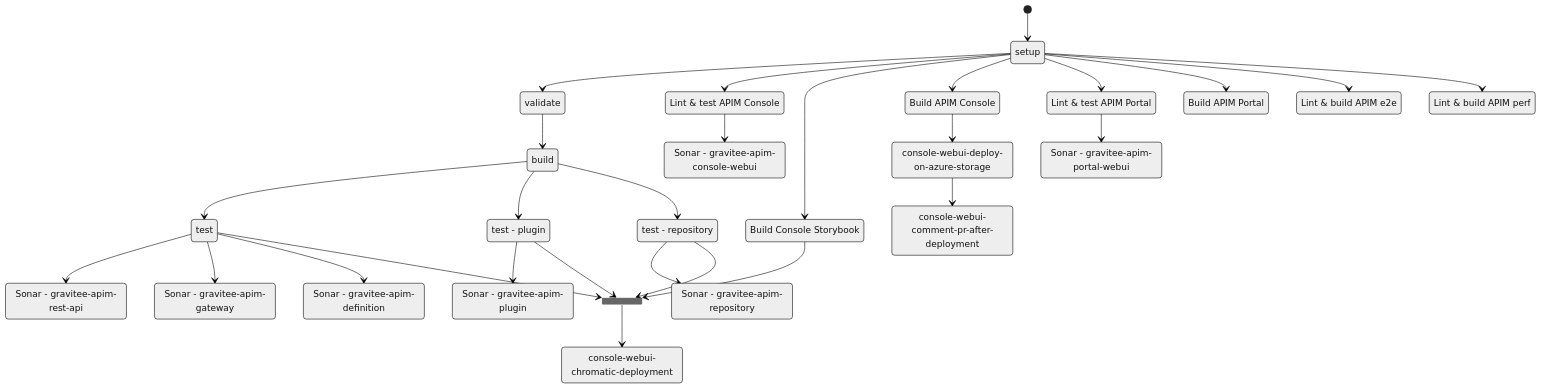
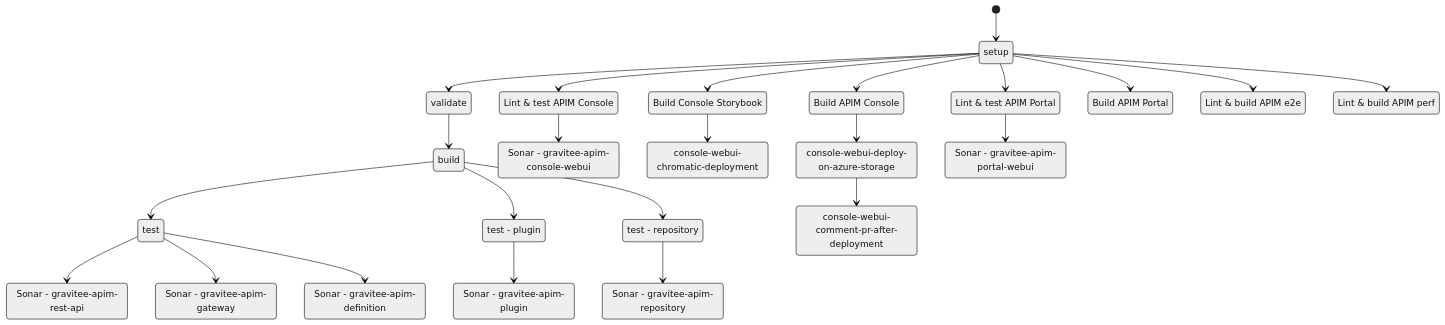
The first of 3 diagrams in .circleci/Workflows.md (gravitee-io/gravitee-api-management), drawn with Mermaid (neutral theme) before and after one commit. The commit also changed other lines of this file and 1 other file, not shown here.

Commit message:
ci: remove unnecessary requirement for chromatic

````diff
--- a/.circleci/Workflows.md
+++ b/.circleci/Workflows.md
@@ -5,64 +5,57 @@
 ```mermaid
 stateDiagram-v2
     [*] --> setup
 
     %% Backends
     setup --> validate
     validate --> build
     build --> test
     testPlugin: test - plugin
     testRepository: test - repository
     build --> testPlugin
     build --> testRepository
 
     sonarRestApi: Sonar - gravitee-apim-rest-api
     sonarGateway: Sonar - gravitee-apim-gateway
     sonarDefinition: Sonar - gravitee-apim-definition
     sonarPlugin: Sonar - gravitee-apim-plugin
     sonarRepository: Sonar - gravitee-apim-repository
     test --> sonarRestApi
     test --> sonarGateway
     test --> sonarDefinition
     testPlugin --> sonarPlugin
     testRepository --> sonarRepository
 
     %% Console
     webUILintConsole: Lint & test APIM Console
     setup --> webUILintConsole
     sonarConsole: Sonar - gravitee-apim-console-webui
     webUILintConsole --> sonarConsole
 
     storybook: Build Console Storybook
+    chromatic: console-webui-chromatic-deployment
     setup --> storybook
-
-    state join_state_storybook <<join>>
-    storybook --> join_state_storybook
-    test --> join_state_storybook
-    testPlugin --> join_state_storybook
-    testRepository --> join_state_storybook
-
-    chromatic: console-webui-chromatic-deployment
-    join_state_storybook --> chromatic
+    storybook --> chromatic
 
     webUIConsole: Build APIM Console
     setup --> webUIConsole
     deployAzure: console-webui-deploy-on-azure-storage
     webUIConsole --> deployAzure
     commentPR: console-webui-comment-pr-after-deployment
     deployAzure --> commentPR
 
     %% Portal
     webUILintPortal: Lint & test APIM Portal
     setup --> webUILintPortal
     sonarPortal: Sonar - gravitee-apim-portal-webui
     webUILintPortal --> sonarPortal
 
     webUIPortal: Build APIM Portal
     setup --> webUIPortal
 
     %% others
     e2eLintBuild: Lint & build APIM e2e
     perfLintBuild: Lint & build APIM perf
     setup --> e2eLintBuild
     setup --> perfLintBuild
 ```
````
